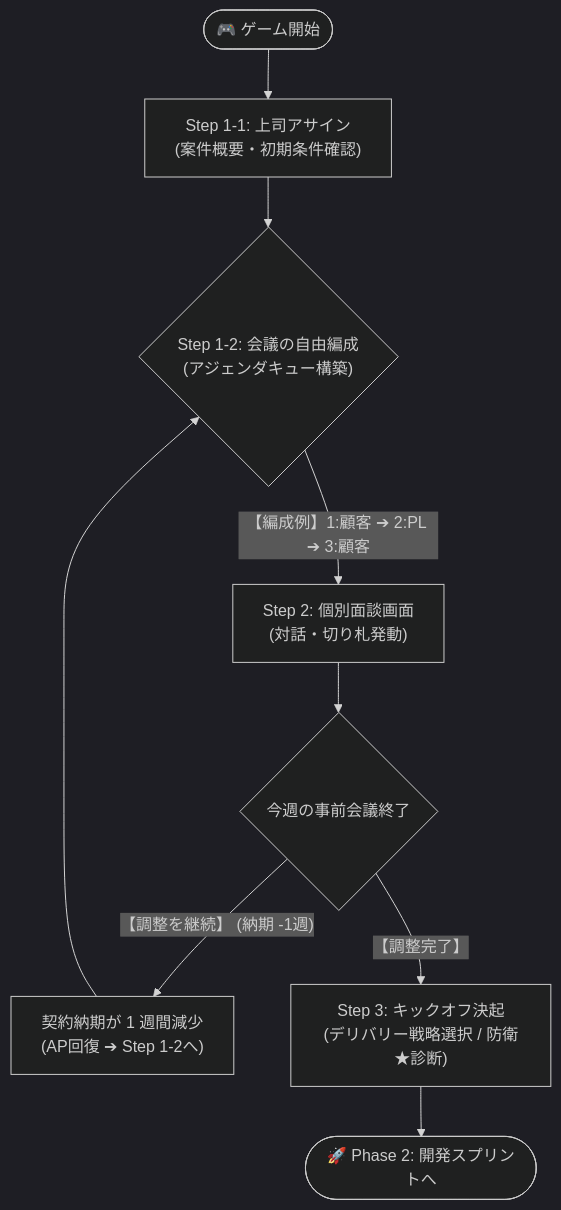
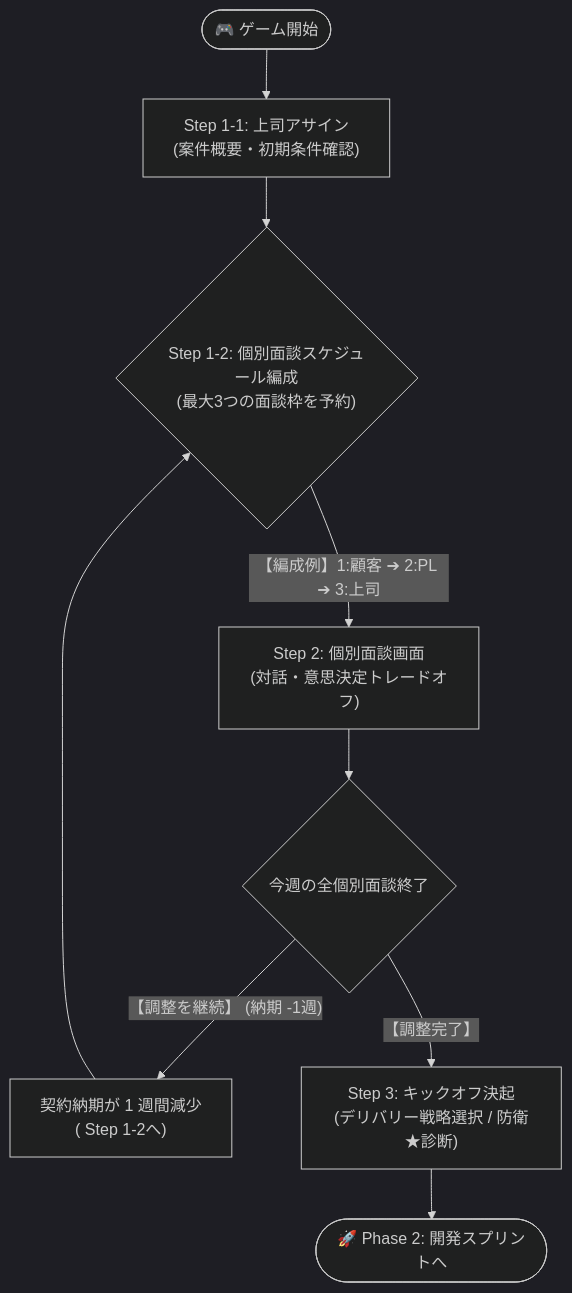
Before and after one commit to asabon/pm-simulator: the first of 3 diagrams in docs/spec/phase1_kickoff.md, drawn with Mermaid (dark theme). The commit also changed other lines of this file and 3 other files, not shown here.

````diff
--- a/docs/spec/phase1_kickoff.md
+++ b/docs/spec/phase1_kickoff.md
@@ -12,17 +12,17 @@
 ```mermaid
 flowchart TD
     START([🎮 ゲーム開始]) --> S1_1["Step 1-1: 上司アサイン<br>(案件概要・初期条件確認)"]
     
-    S1_1 --> S1_2{"Step 1-2: 会議の自由編成<br>(アジェンダキュー構築)"}
+    S1_1 --> S1_2{"Step 1-2: 個別面談スケジュール編成<br>(最大3つの面談枠を予約)"}
 
-    S1_2 -->|"【編成例】1:顧客 ➔ 2:PL ➔ 3:顧客"| STEP2["Step 2: 個別面談画面<br>(対話・切り札発動)"]
+    S1_2 -->|"【編成例】1:顧客 ➔ 2:PL ➔ 3:上司"| STEP2["Step 2: 個別面談画面<br>(対話・意思決定トレードオフ)"]
 
-    STEP2 --> DECISION{"今週の事前会議終了"}
+    STEP2 --> DECISION{"今週の全個別面談終了"}
 
-    DECISION -->|"【調整を継続】 (納期 -1週)"| NEXT_WEEK["契約納期が 1 週間減少<br>(AP回復 ➔ Step 1-2へ)"]
+    DECISION -->|"【調整を継続】 (納期 -1週)"| NEXT_WEEK["契約納期が 1 週間減少<br>( Step 1-2へ)"]
     NEXT_WEEK --> S1_2
 
     DECISION -->|"【調整完了】"| S3["Step 3: キックオフ決起<br>(デリバリー戦略選択 / 防衛★診断)"]
 
     S3 --> NEXT([🚀 Phase 2: 開発スプリントへ])
 ```
````
